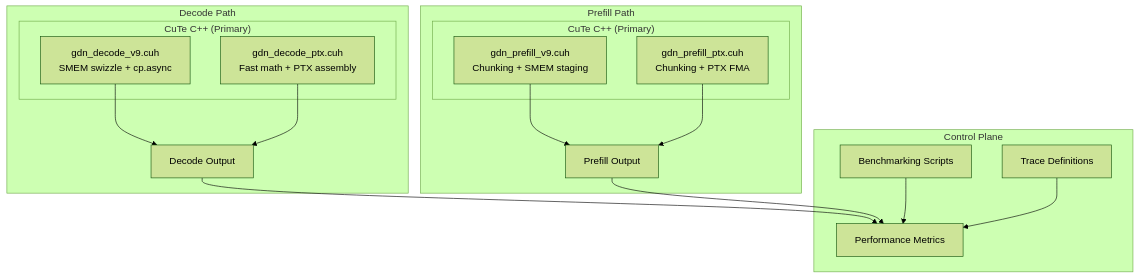
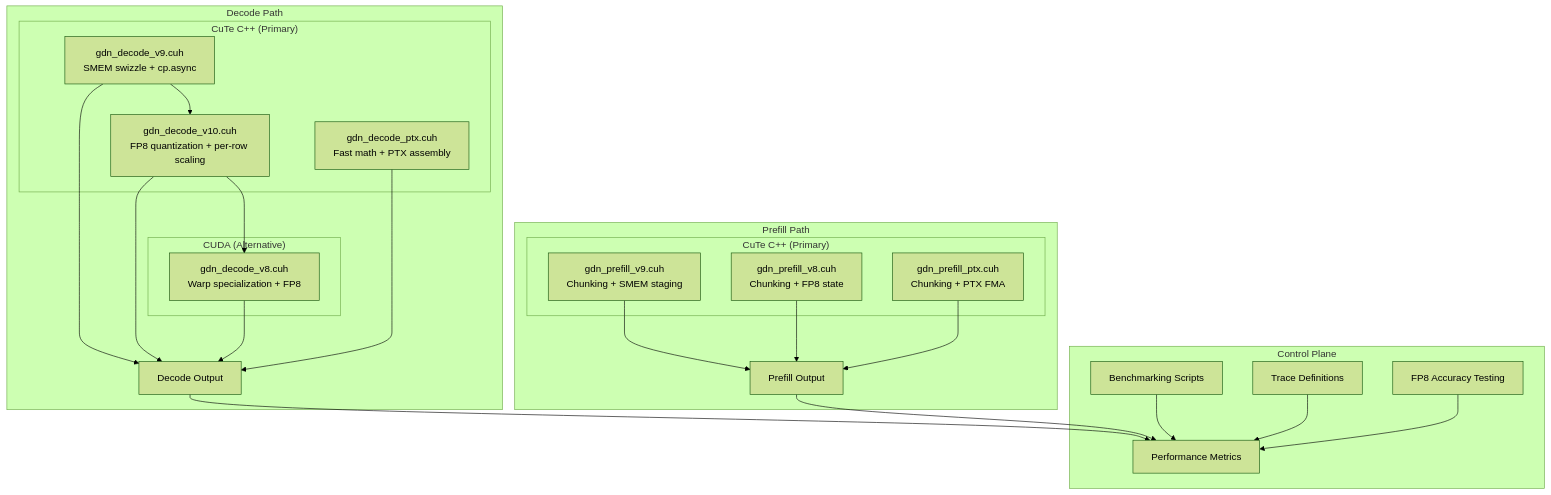
The second of 7 diagrams in .qoder/repowiki/en/content/Optimization Strategies/Optimization Tracking Log.md (gugudeshubao/flashinfer-bench-tma-thrust), drawn with Mermaid (forest theme) before and after one commit. The commit also changed other lines of this file and 7 other files, not shown here.

First line of the commit message:
test: Add FP4 accuracy test and document FP8 vs FP4 comparison

````diff
--- a/.qoder/repowiki/en/content/Optimization Strategies/Optimization Tracking Log.md
+++ b/.qoder/repowiki/en/content/Optimization Strategies/Optimization Tracking Log.md
@@ -131,28 +161,39 @@
 ```mermaid
 graph TB
 subgraph "Decode Path"
 subgraph "CuTe C++ (Primary)"
 D9["gdn_decode_v9.cuh<br/>SMEM swizzle + cp.async"]
+D10["gdn_decode_v10.cuh<br/>FP8 quantization + per-row scaling"]
 P9["gdn_decode_ptx.cuh<br/>Fast math + PTX assembly"]
 end
+subgraph "CUDA (Alternative)"
+D8["gdn_decode_v8.cuh<br/>Warp specialization + FP8"]
+end
+D9 --> D10 --> D8
 D9 --> D9_OUT["Decode Output"]
+D10 --> D9_OUT
+D8 --> D9_OUT
 P9 --> D9_OUT
 end
 subgraph "Prefill Path"
 subgraph "CuTe C++ (Primary)"
 P9V["gdn_prefill_v9.cuh<br/>Chunking + SMEM staging"]
+P8V["gdn_prefill_v8.cuh<br/>Chunking + FP8 state"]
 P9PV["gdn_prefill_ptx.cuh<br/>Chunking + PTX FMA"]
 end
 P9V --> P9V_OUT["Prefill Output"]
+P8V --> P9V_OUT
 P9PV --> P9V_OUT
 end
 subgraph "Control Plane"
 BENCH["Benchmarking Scripts"]
 TRACE["Trace Definitions"]
 PERF["Performance Metrics"]
+TEST["FP8 Accuracy Testing"]
 end
 D9_OUT --> PERF
 P9V_OUT --> PERF
 BENCH --> PERF
 TRACE --> PERF
+TEST --> PERF
 ```
````
